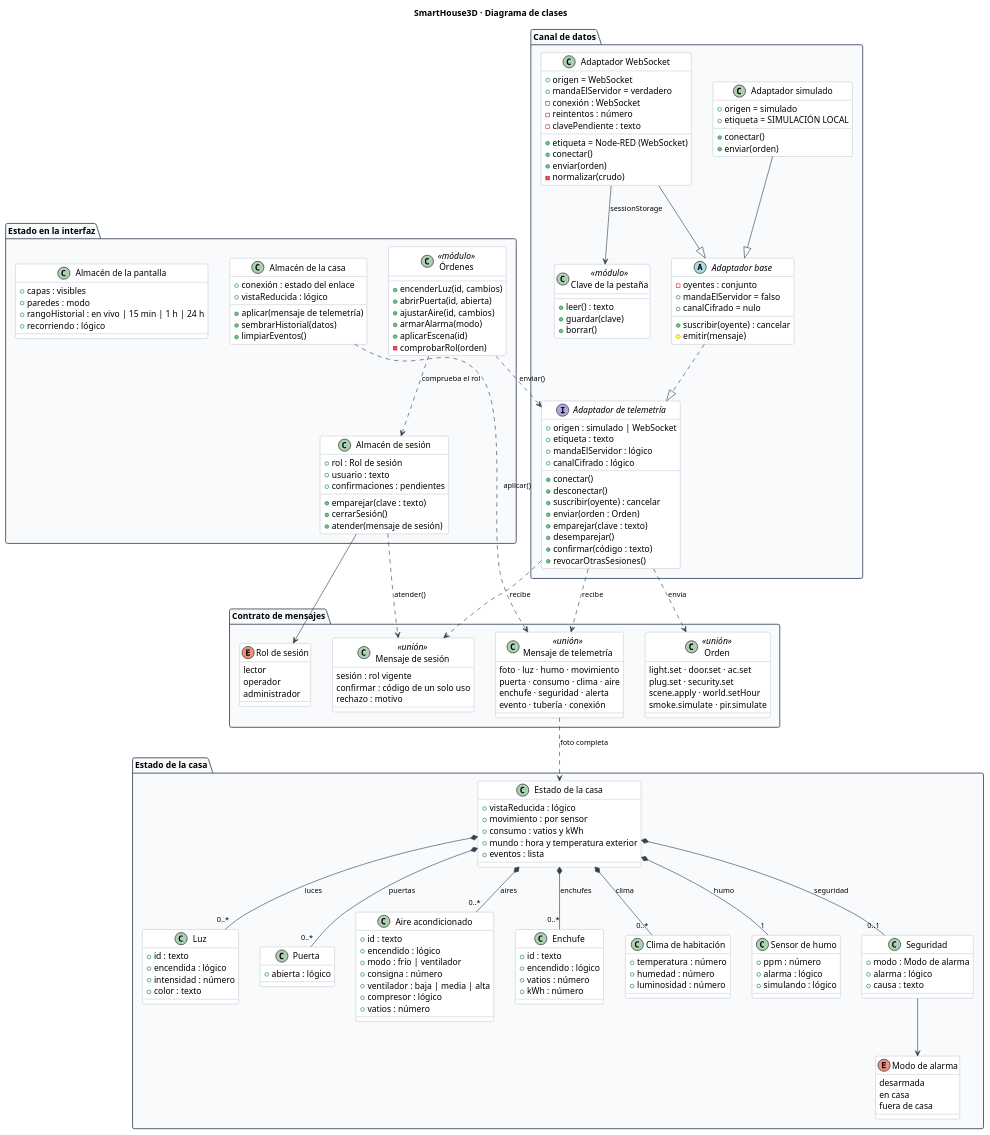
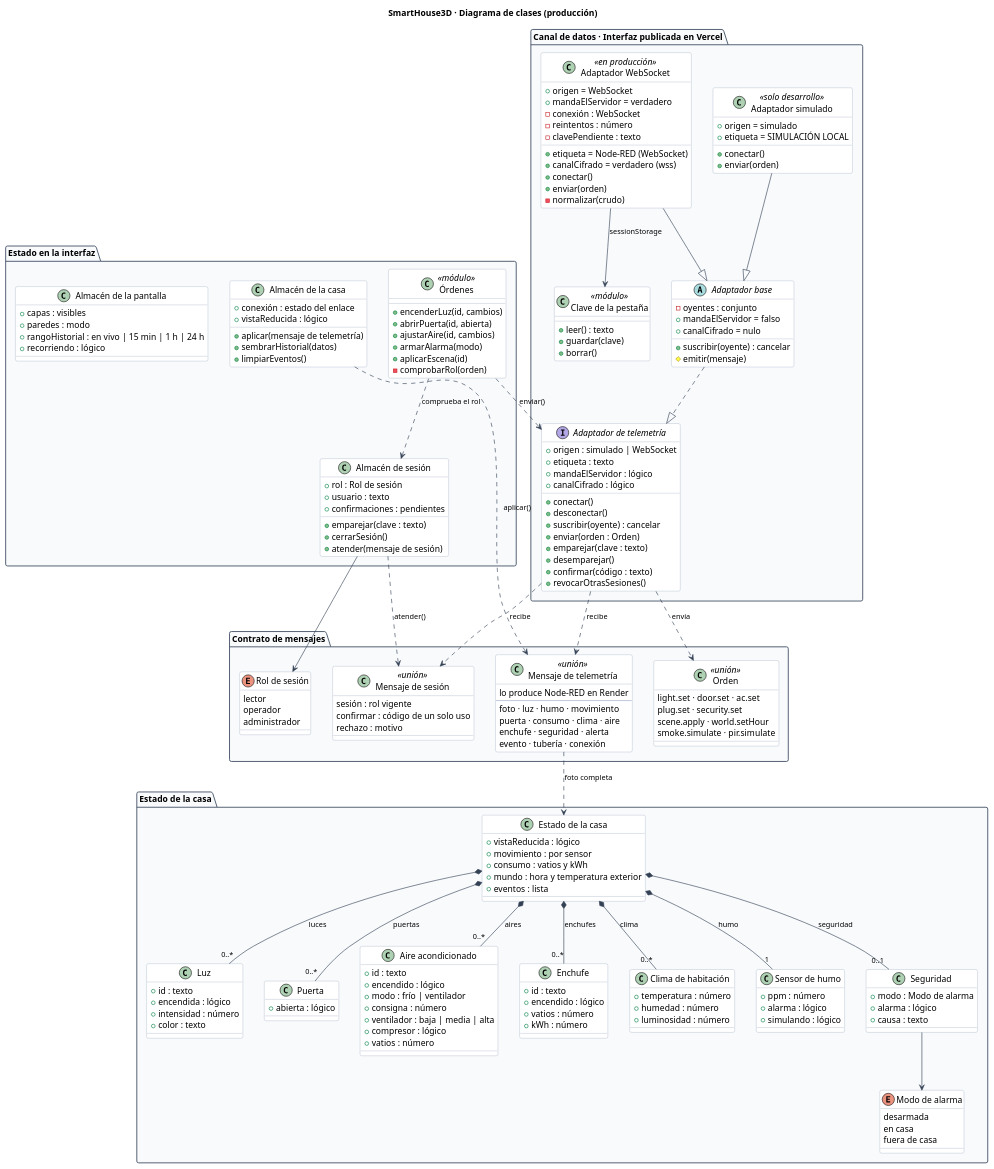
One commit to WilderG2004/SmartHouse3D changed the diagram in docs/diagramas/clases.puml. Above: the diagram before and after it, drawn with PlantUML. The commit also changed 3 other files, not shown here.

```diff
--- a/docs/diagramas/clases.puml
+++ b/docs/diagramas/clases.puml
@@ -6,7 +6,7 @@
 '   src/hooks/useTelemetry.ts                   fachada «commands»
 '   src/store/useHouseStore.ts  useSessionStore.ts  useUiStore.ts
 '   src/types/iot.ts                            contrato de datos
-title SmartHouse3D · Diagrama de clases
+title SmartHouse3D · Diagrama de clases (producción)
 
 skinparam backgroundColor White
 skinparam shadowing false
@@ -26,7 +26,7 @@
   BorderColor #94A3B8
 }
 
-package "Canal de datos" {
+package "Canal de datos · Interfaz publicada en Vercel" {
   interface "Adaptador de telemetría" as TelemetryAdapter {
     +origen : simulado | WebSocket
     +etiqueta : texto
@@ -50,10 +50,11 @@
     #emitir(mensaje)
   }
 
-  class "Adaptador WebSocket" as WebSocketAdapter {
+  class "Adaptador WebSocket" as WebSocketAdapter <<en producción>> {
     +origen = WebSocket
     +etiqueta = Node-RED (WebSocket)
     +mandaElServidor = verdadero
+    +canalCifrado = verdadero (wss)
     -conexión : WebSocket
     -reintentos : número
     -clavePendiente : texto
@@ -62,7 +63,7 @@
     -normalizar(crudo)
   }
 
-  class "Adaptador simulado" as SimulatedAdapter {
+  class "Adaptador simulado" as SimulatedAdapter <<solo desarrollo>> {
     +origen = simulado
     +etiqueta = SIMULACIÓN LOCAL
     +conectar()
@@ -83,6 +84,8 @@
 
 package "Contrato de mensajes" {
   class "Mensaje de telemetría" as TelemetryMessage <<unión>> {
+    lo produce Node-RED en Render
+    ----
     foto · luz · humo · movimiento
     puerta · consumo · clima · aire
     enchufe · seguridad · alerta
```
